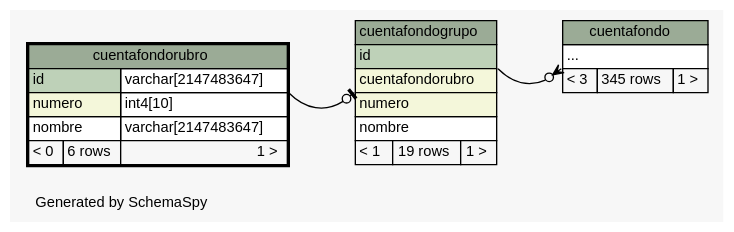
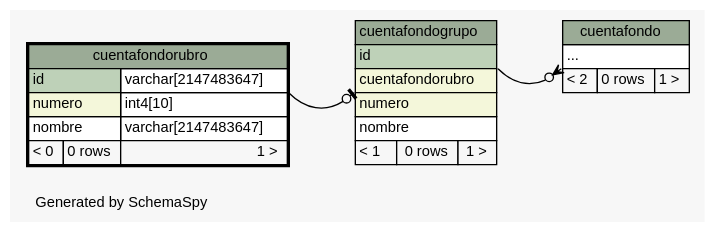
One commit to diegopablomansilla/massoftware_front changed the diagram in postgresql/schemaSpy/salida/diagrams/cuentafondorubro.2degrees.dot. Above: the diagram before and after it, drawn with Graphviz. The commit also changed 350 other files, not shown here.

```diff
--- a/postgresql/schemaSpy/salida/diagrams/cuentafondorubro.2degrees.dot
+++ b/postgresql/schemaSpy/salida/diagrams/cuentafondorubro.2degrees.dot
@@ -1,59 +1,59 @@
 // dot 2.2.1 on Windows 10 10.0
 // SchemaSpy rev 590
 digraph "twoDegreesRelationshipsDiagram" {
   graph [
     rankdir="RL"
     bgcolor="#f7f7f7"
     label="\nGenerated by SchemaSpy"
     labeljust="l"
     nodesep="0.18"
     ranksep="0.46"
     fontname="Helvetica"
     fontsize="11"
   ];
   node [
     fontname="Helvetica"
     fontsize="11"
     shape="plaintext"
   ];
   edge [
     arrowsize="0.8"
   ];
   "cuentafondo":"elipses":sw -> "cuentafondogrupo":"id":se [arrowhead=none dir=back arrowtail=crowodot];
   "cuentafondogrupo":"cuentafondorubro":sw -> "cuentafondorubro":"id.type":se [arrowhead=none dir=back arrowtail=teeodot];
   "cuentafondo" [
     label=<
     <TABLE BORDER="0" CELLBORDER="1" CELLSPACING="0" BGCOLOR="#ffffff">
       <TR><TD COLSPAN="3" BGCOLOR="#9bab96" ALIGN="CENTER">cuentafondo</TD></TR>
       <TR><TD PORT="elipses" COLSPAN="3" ALIGN="LEFT">...</TD></TR>
-      <TR><TD ALIGN="LEFT" BGCOLOR="#f7f7f7">&lt; 3</TD><TD ALIGN="RIGHT" BGCOLOR="#f7f7f7">345 rows</TD><TD ALIGN="RIGHT" BGCOLOR="#f7f7f7">1 &gt;</TD></TR>
+      <TR><TD ALIGN="LEFT" BGCOLOR="#f7f7f7">&lt; 2</TD><TD ALIGN="RIGHT" BGCOLOR="#f7f7f7">0 rows</TD><TD ALIGN="RIGHT" BGCOLOR="#f7f7f7">1 &gt;</TD></TR>
     </TABLE>>
     URL="cuentafondo.html"
     tooltip="cuentafondo"
   ];
   "cuentafondogrupo" [
     label=<
     <TABLE BORDER="0" CELLBORDER="1" CELLSPACING="0" BGCOLOR="#ffffff">
       <TR><TD COLSPAN="3" BGCOLOR="#9bab96" ALIGN="CENTER">cuentafondogrupo</TD></TR>
       <TR><TD PORT="id" COLSPAN="3" BGCOLOR="#bed1b8" ALIGN="LEFT">id</TD></TR>
       <TR><TD PORT="cuentafondorubro" COLSPAN="3" BGCOLOR="#f4f7da" ALIGN="LEFT">cuentafondorubro</TD></TR>
       <TR><TD PORT="numero" COLSPAN="3" BGCOLOR="#f4f7da" ALIGN="LEFT">numero</TD></TR>
       <TR><TD PORT="nombre" COLSPAN="3" ALIGN="LEFT">nombre</TD></TR>
-      <TR><TD ALIGN="LEFT" BGCOLOR="#f7f7f7">&lt; 1</TD><TD ALIGN="RIGHT" BGCOLOR="#f7f7f7">19 rows</TD><TD ALIGN="RIGHT" BGCOLOR="#f7f7f7">1 &gt;</TD></TR>
+      <TR><TD ALIGN="LEFT" BGCOLOR="#f7f7f7">&lt; 1</TD><TD ALIGN="RIGHT" BGCOLOR="#f7f7f7">0 rows</TD><TD ALIGN="RIGHT" BGCOLOR="#f7f7f7">1 &gt;</TD></TR>
     </TABLE>>
     URL="cuentafondogrupo.html"
     tooltip="cuentafondogrupo"
   ];
   "cuentafondorubro" [
     label=<
     <TABLE BORDER="2" CELLBORDER="1" CELLSPACING="0" BGCOLOR="#ffffff">
       <TR><TD COLSPAN="3" BGCOLOR="#9bab96" ALIGN="CENTER">cuentafondorubro</TD></TR>
       <TR><TD PORT="id" COLSPAN="2" BGCOLOR="#bed1b8" ALIGN="LEFT">id</TD><TD PORT="id.type" ALIGN="LEFT">varchar[2147483647]</TD></TR>
       <TR><TD PORT="numero" COLSPAN="2" BGCOLOR="#f4f7da" ALIGN="LEFT">numero</TD><TD PORT="numero.type" ALIGN="LEFT">int4[10]</TD></TR>
       <TR><TD PORT="nombre" COLSPAN="2" ALIGN="LEFT">nombre</TD><TD PORT="nombre.type" ALIGN="LEFT">varchar[2147483647]</TD></TR>
-      <TR><TD ALIGN="LEFT" BGCOLOR="#f7f7f7">&lt; 0</TD><TD ALIGN="RIGHT" BGCOLOR="#f7f7f7">6 rows</TD><TD ALIGN="RIGHT" BGCOLOR="#f7f7f7">1 &gt;</TD></TR>
+      <TR><TD ALIGN="LEFT" BGCOLOR="#f7f7f7">&lt; 0</TD><TD ALIGN="RIGHT" BGCOLOR="#f7f7f7">0 rows</TD><TD ALIGN="RIGHT" BGCOLOR="#f7f7f7">1 &gt;</TD></TR>
     </TABLE>>
     URL="cuentafondorubro.html"
     tooltip="cuentafondorubro"
   ];
 }
```
